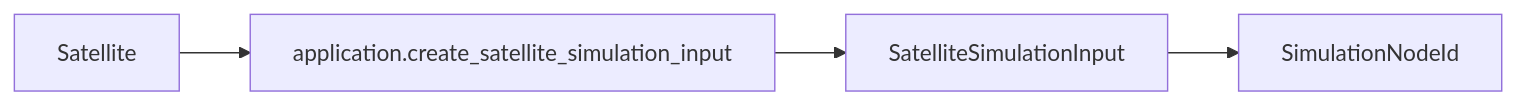
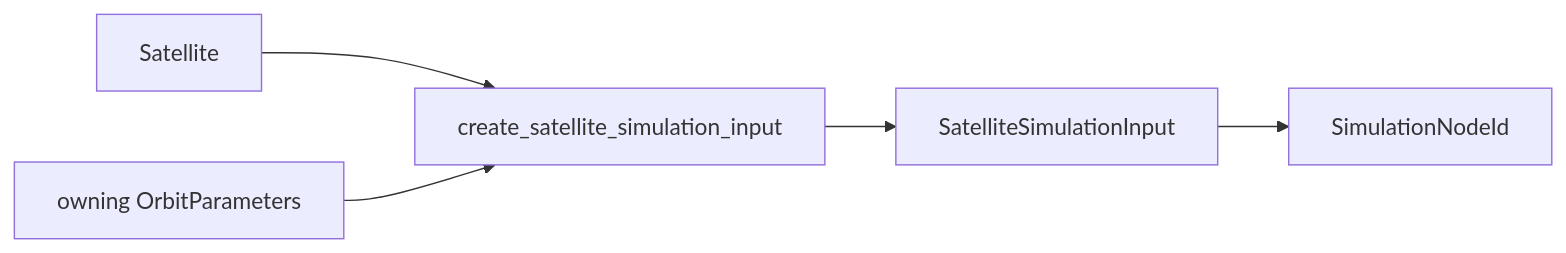
One commit to seed-labs/skyseed changed the second of 2 diagrams in skyseed_v2/docs/design/isolated-satellite-emulator.md. Above: the diagram before and after it, drawn with Mermaid. The commit also changed other lines of this file and 61 other files, not shown here.

````diff
--- a/skyseed_v2/docs/design/isolated-satellite-emulator.md
+++ b/skyseed_v2/docs/design/isolated-satellite-emulator.md
@@ -62,6 +65,7 @@
 ```mermaid
 flowchart LR
-    SAT[Satellite] --> CONVERT[application.create_satellite_simulation_input]
+    SAT[Satellite] --> CONVERT[create_satellite_simulation_input]
+    OP[owning OrbitParameters] --> CONVERT
     CONVERT --> INPUT[SatelliteSimulationInput]
     INPUT --> ID[SimulationNodeId]
 ```
````
